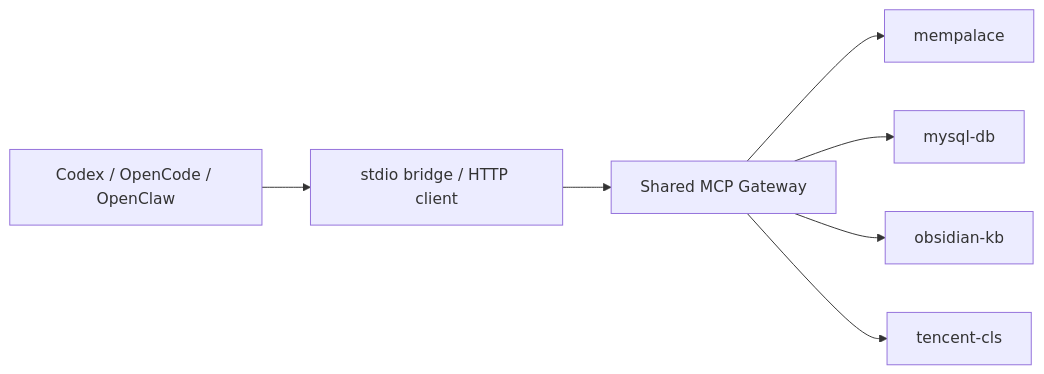
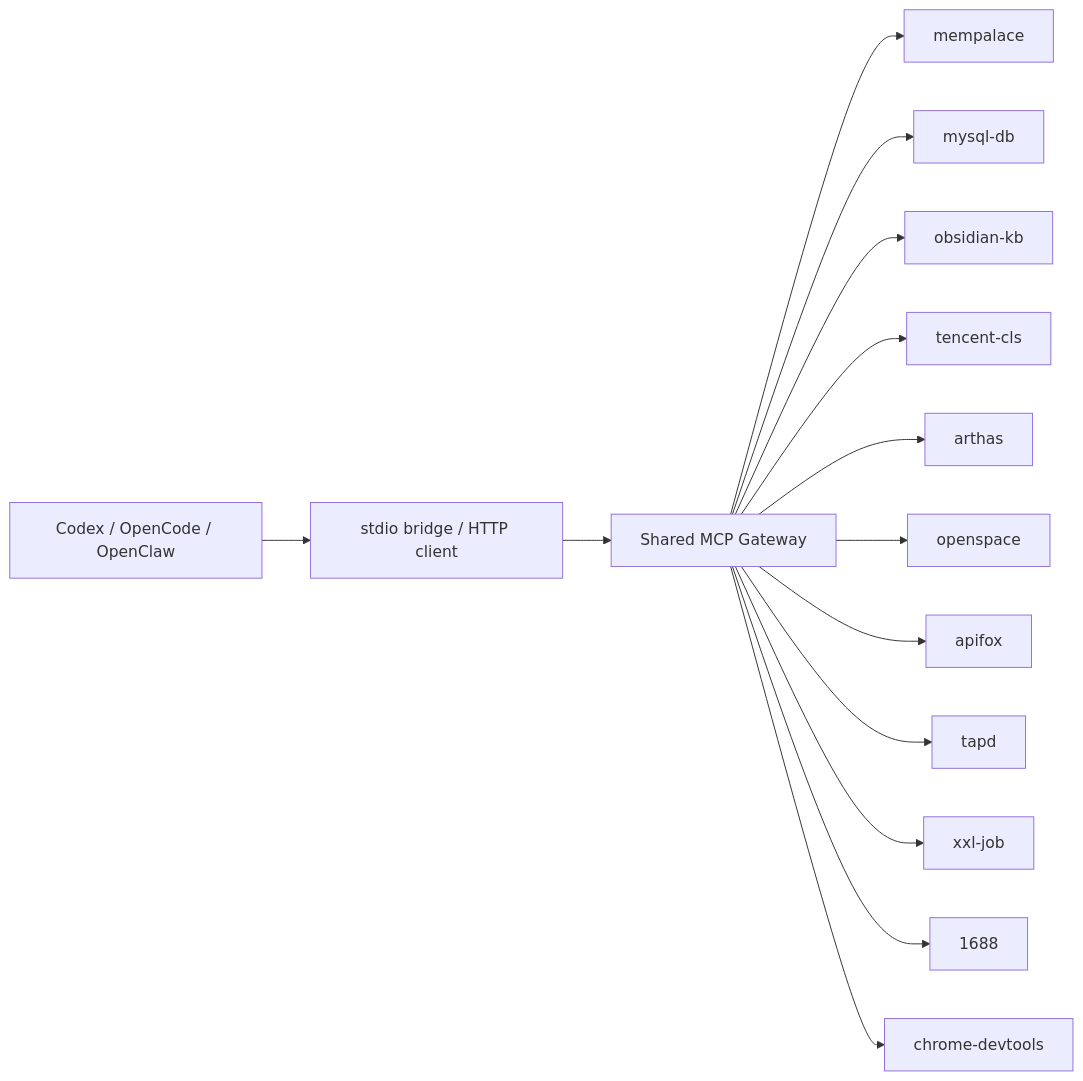
The diagram in README.en.md (xfn-jjw/shared-mcp-gateway), drawn with Mermaid before and after one commit. The commit also changed other lines of this file and 11 other files, not shown here.

Commit message:
feat: 接入 TAPD、XXL-JOB 与 1688 MCP

````diff
--- a/README.en.md
+++ b/README.en.md
@@ -53,9 +53,16 @@
 ```mermaid
 flowchart LR
     A["Codex / OpenCode / OpenClaw"] --> B["stdio bridge / HTTP client"]
     B --> C["Shared MCP Gateway"]
     C --> D["mempalace"]
     C --> E["mysql-db"]
     C --> F["obsidian-kb"]
     C --> G["tencent-cls"]
+    C --> H["arthas"]
+    C --> I["openspace"]
+    C --> J["apifox"]
+    C --> K["tapd"]
+    C --> L["xxl-job"]
+    C --> M["1688"]
+    C --> N["chrome-devtools"]
 ```
````
